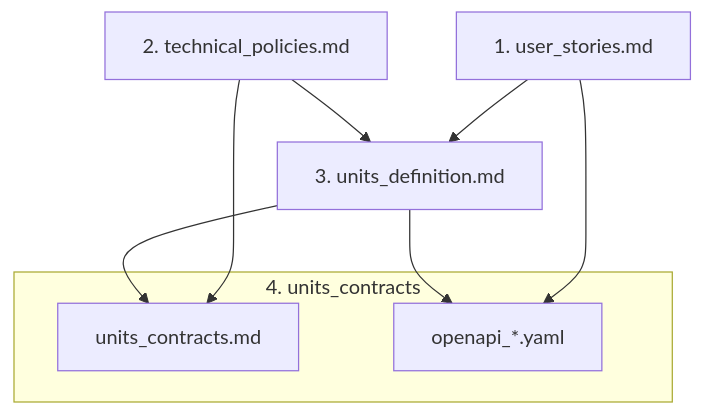
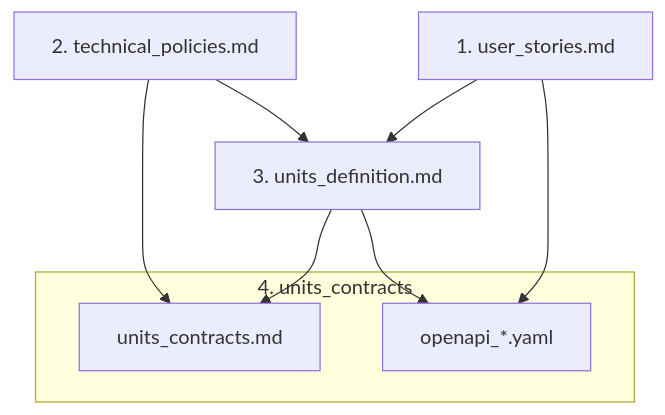
One commit to h-akira/ShogiProject2 changed the diagram in docs/flow.md. Above: the diagram before and after it, drawn with Mermaid.

Commit message:
docs: move openapi_*.yaml label inside units_contracts subgraph in flow diagram

````diff
--- a/docs/flow.md
+++ b/docs/flow.md
@@ -9,14 +9,16 @@
 ```mermaid
 graph TD
   A[1. user_stories.md] --> C[3. units_definition.md]
   B[2. technical_policies.md] --> C
+
+  C --> G
   B --> G
-  C --> G
-  A --> F["openapi_*.yaml"]
+
+  A --> F
   C --> F
 
   subgraph D["4. units_contracts"]
     G[units_contracts.md]
-    F
+    F["openapi_*.yaml"]
   end
 ```
````
